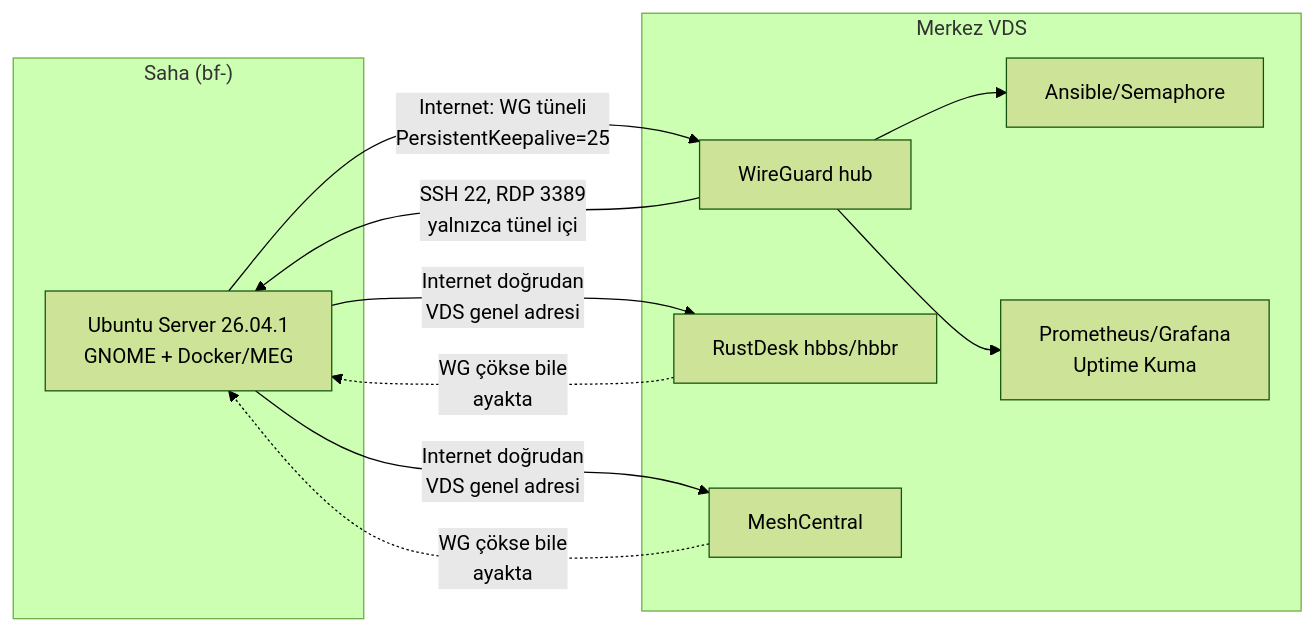
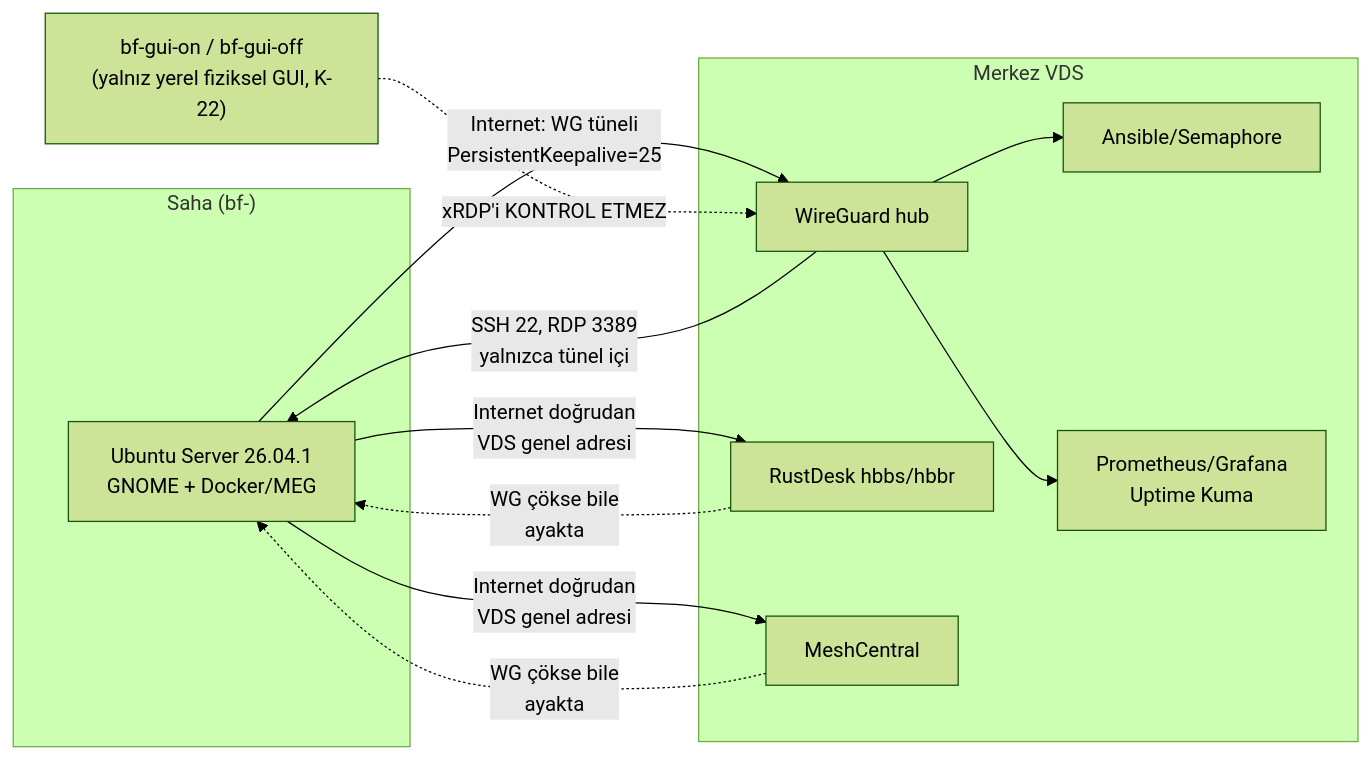
One commit to emirhanmamak-blueforce/Blueforce-Linux changed the first of 3 diagrams in docs/01-ARCHITECTURE.md. Above: the diagram before and after it, drawn with Mermaid (forest theme). The commit also changed other lines of this file and 176 other files, not shown here.

````diff
--- a/docs/01-ARCHITECTURE.md
+++ b/docs/01-ARCHITECTURE.md
@@ -99,21 +105,22 @@
 ```mermaid
 flowchart LR
     subgraph SAHA["Saha (bf-<no>)"]
         PC["Ubuntu Server 26.04.1<br/>GNOME + Docker/MEG"]
     end
     subgraph MERKEZ["Merkez VDS"]
         WG["WireGuard hub"]
         SEM["Ansible/Semaphore"]
         MON["Prometheus/Grafana<br/>Uptime Kuma"]
         RD["RustDesk hbbs/hbbr"]
         MC["MeshCentral"]
     end
     PC -->|Internet: WG tüneli<br/>PersistentKeepalive=25| WG
     WG --> SEM
     WG --> MON
     WG -->|SSH 22, RDP 3389<br/>yalnızca tünel içi| PC
     PC -->|Internet doğrudan<br/>VDS genel adresi| RD
     PC -->|Internet doğrudan<br/>VDS genel adresi| MC
     RD -.->|WG çökse bile<br/>ayakta| PC
     MC -.->|WG çökse bile<br/>ayakta| PC
+    GUI["bf-gui-on / bf-gui-off<br/>(yalnız yerel fiziksel GUI, K-22)"] -.->|"xRDP'i KONTROL ETMEZ"| WG
 ```
````
